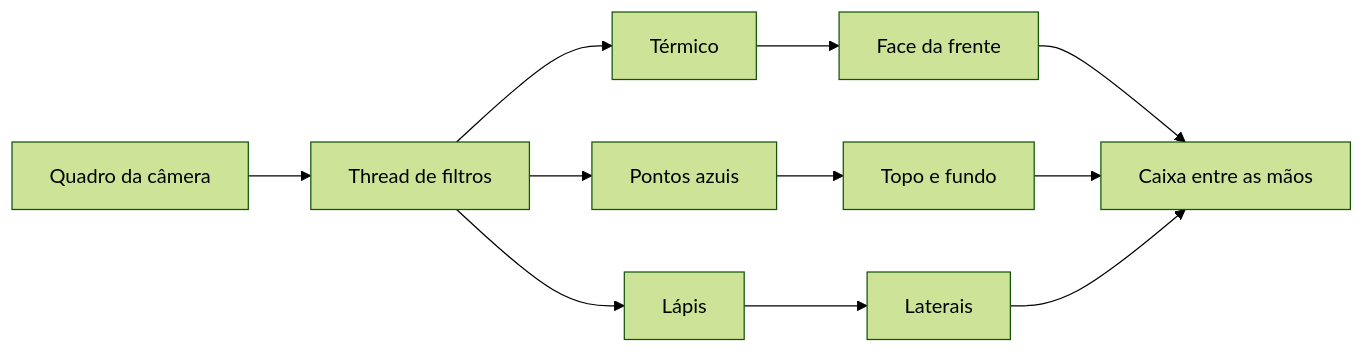
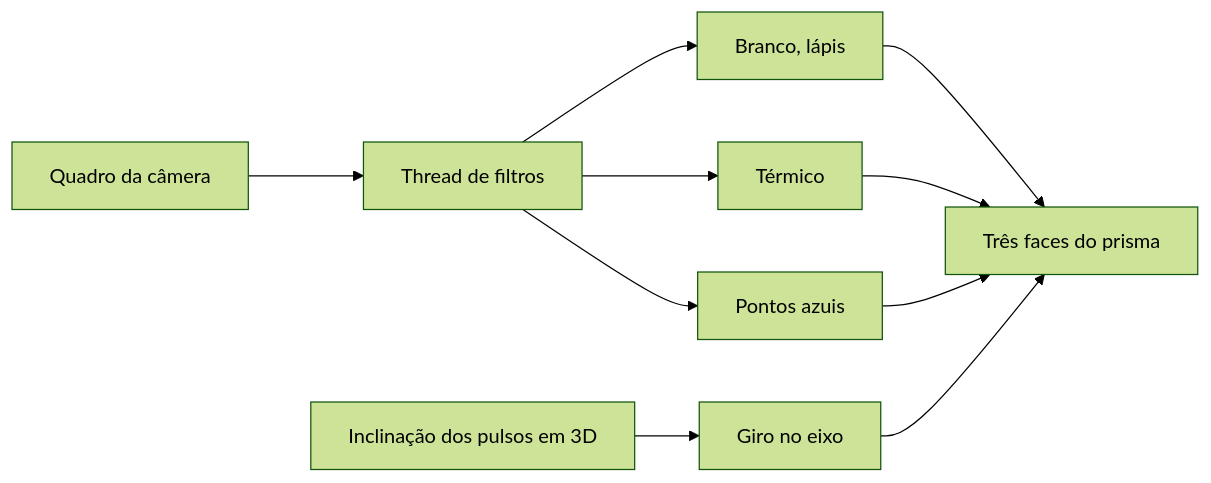
Before and after one commit to vitorcgo/Handwave: the seventh of 11 diagrams in README.md, drawn with Mermaid (forest theme). The commit also changed other lines of this file and 7 other files, not shown here.

First line of the commit message:
feat(effects): prisma triangular de três faces e efeito vidro

````diff
--- a/README.md
+++ b/README.md
@@ -215,11 +215,10 @@
 ```mermaid
 flowchart LR
     A[Quadro da câmera] --> B[Thread de filtros]
-    B --> C[Térmico]
-    B --> D[Pontos azuis]
-    B --> E[Lápis]
-    C --> F[Face da frente]
-    D --> G[Topo e fundo]
-    E --> H[Laterais]
-    F & G & H --> I[Caixa entre as mãos]
+    B --> C[Branco, lápis]
+    B --> D[Térmico]
+    B --> E[Pontos azuis]
+    C & D & E --> F[Três faces do prisma]
+    G[Inclinação dos pulsos em 3D] --> H[Giro no eixo]
+    H --> F
 ```
````
